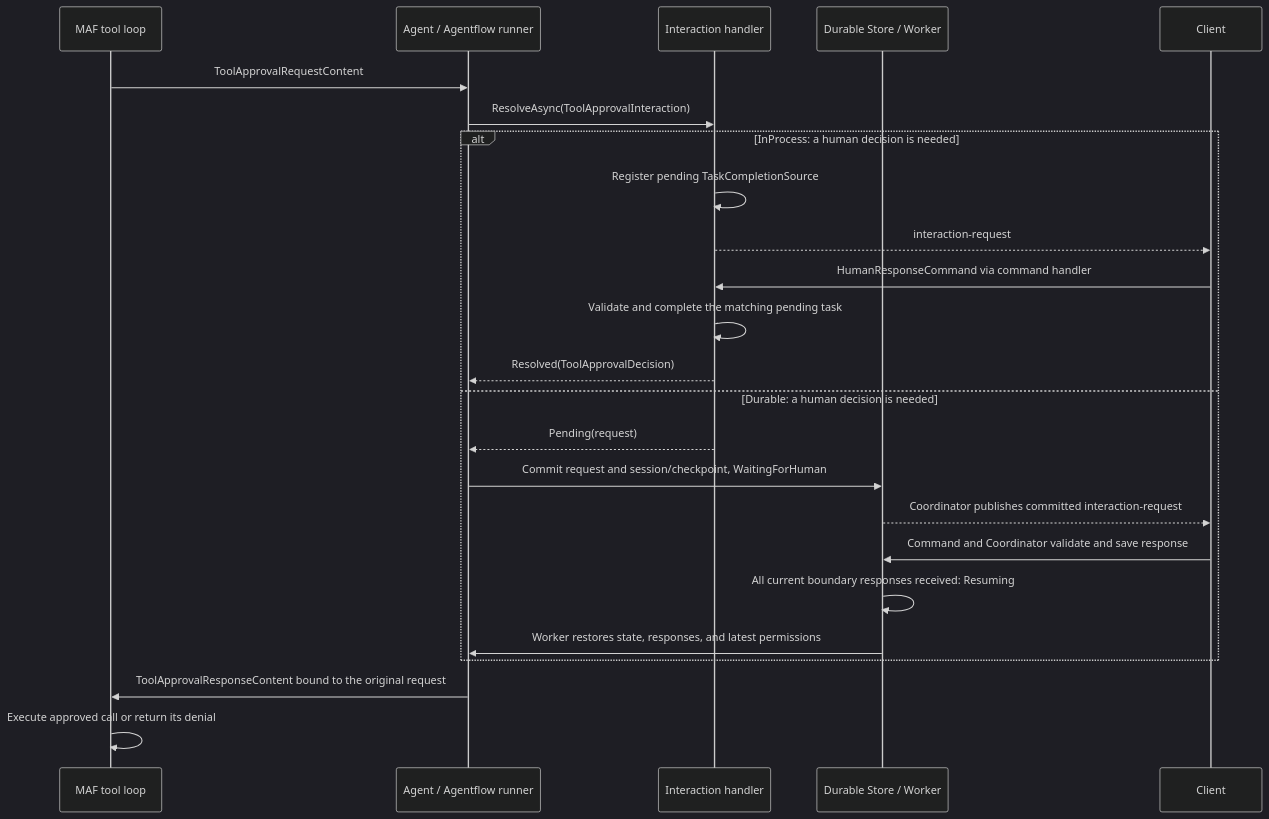
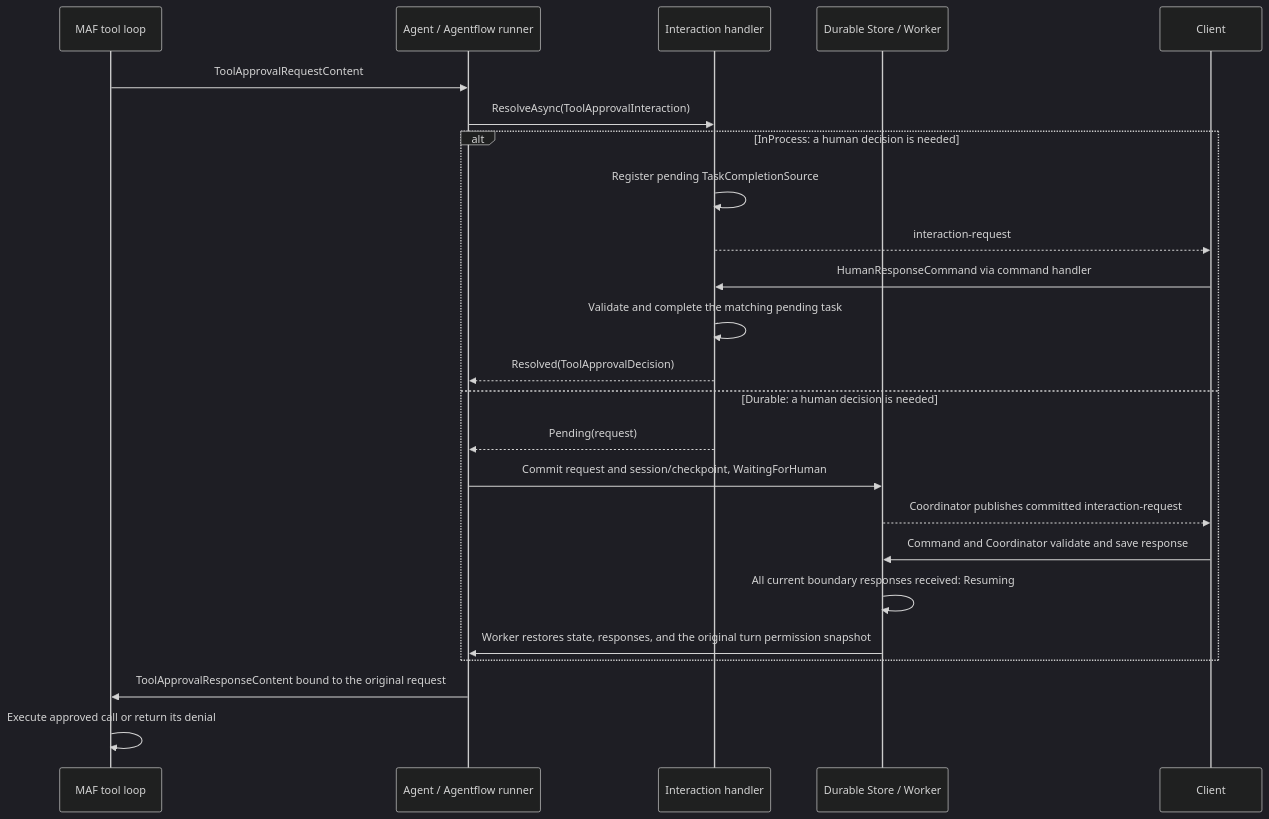
Before and after one commit to zxyao145/agw: the third of 3 diagrams in src/server/Agw.Tools/README.md, drawn with Mermaid (dark theme). The commit also changed other lines of this file and 34 other files, not shown here.

````diff
--- a/src/server/Agw.Tools/README.md
+++ b/src/server/Agw.Tools/README.md
@@ -470,26 +470,26 @@
 ```mermaid
 sequenceDiagram
     participant MAF as MAF tool loop
     participant Runner as Agent / Agentflow runner
     participant Interaction as Interaction handler
     participant Store as Durable Store / Worker
     participant Client as Client
     MAF->>Runner: ToolApprovalRequestContent
     Runner->>Interaction: ResolveAsync(ToolApprovalInteraction)
     alt InProcess: a human decision is needed
         Interaction->>Interaction: Register pending TaskCompletionSource
         Interaction-->>Client: interaction-request
         Client->>Interaction: HumanResponseCommand via command handler
         Interaction->>Interaction: Validate and complete the matching pending task
         Interaction-->>Runner: Resolved(ToolApprovalDecision)
     else Durable: a human decision is needed
         Interaction-->>Runner: Pending(request)
         Runner->>Store: Commit request and session/checkpoint, WaitingForHuman
         Store-->>Client: Coordinator publishes committed interaction-request
         Client->>Store: Command and Coordinator validate and save response
         Store->>Store: All current boundary responses received: Resuming
-        Store->>Runner: Worker restores state, responses, and latest permissions
+        Store->>Runner: Worker restores state, responses, and the original turn permission snapshot
     end
     Runner->>MAF: ToolApprovalResponseContent bound to the original request
     MAF->>MAF: Execute approved call or return its denial
 ```
````
